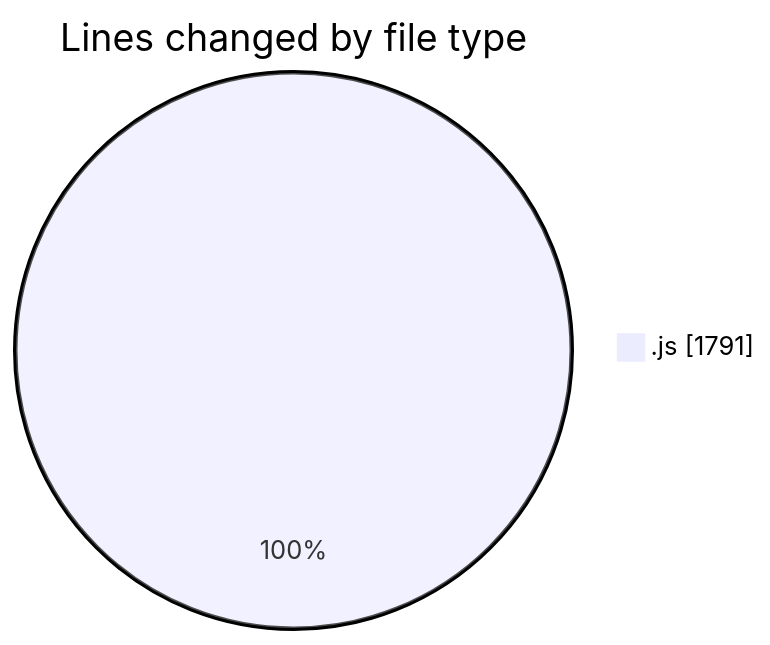
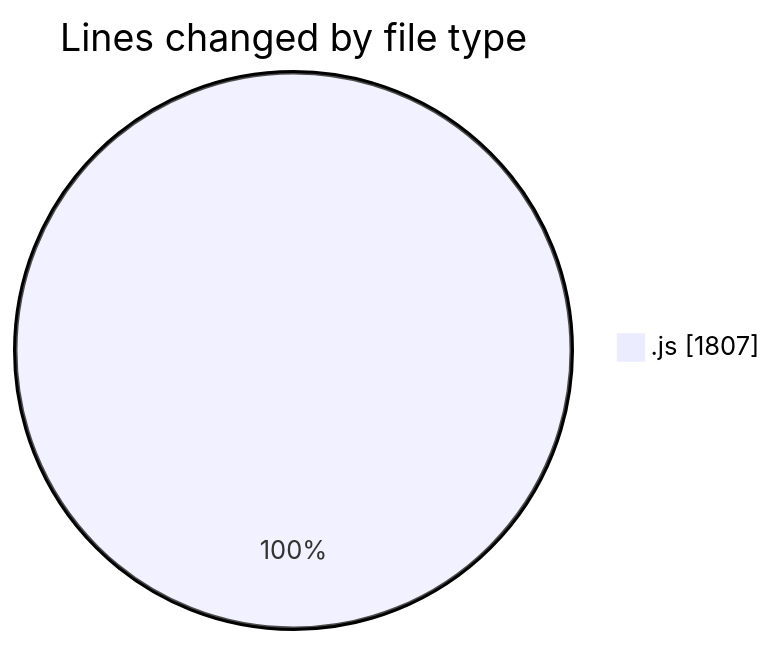
The first of 2 diagrams in 2025-04-03/jsvms/README.md (BS-eng2023/code-tracking), drawn with Mermaid before and after one commit. The commit also changed other lines of this file and 1 other file, not shown here.

````diff
--- a/2025-04-03/jsvms/README.md
+++ b/2025-04-03/jsvms/README.md
@@ -31,5 +31,5 @@
 ```mermaid
 pie showData
 title Lines changed by file type
-".js" : 1791
+".js" : 1807
 ```
````
